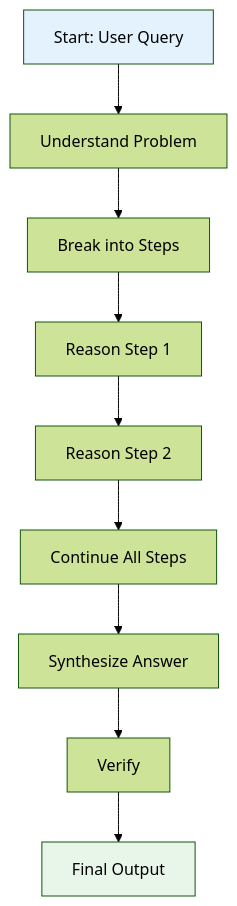
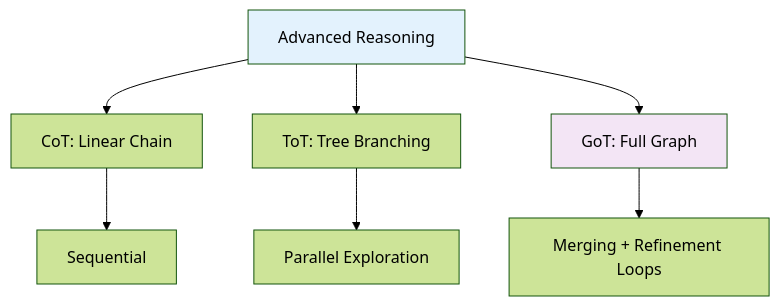
One commit to vitthal1/prompting-frameworks-cot-tot-got changed the diagram in README.md. Above: the diagram before and after it, drawn with Mermaid (forest theme). The commit also changed other lines of this file and 6 other files, not shown here.

````diff
--- a/README.md
+++ b/README.md
@@ -8,14 +17,13 @@
 ```mermaid
 flowchart TD
-    A[Start: User Query] --> B[Understand Problem]
-    B --> C[Break into Steps]
-    C --> D[Reason Step 1]
-    D --> E[Reason Step 2]
-    E --> F[Continue All Steps]
-    F --> G[Synthesize Answer]
-    G --> H[Verify]
-    H --> I[Final Output]
+    A[Advanced Reasoning] --> B[CoT: Linear Chain]
+    A --> C[ToT: Tree Branching]
+    A --> D[GoT: Full Graph]
+    
+    B --> E[Sequential]
+    C --> F[Parallel Exploration]
+    D --> G[Merging + Refinement Loops]
     
     style A fill:#e3f2fd
-    style I fill:#e8f5e9
+    style D fill:#f3e5f5
 ```
````
